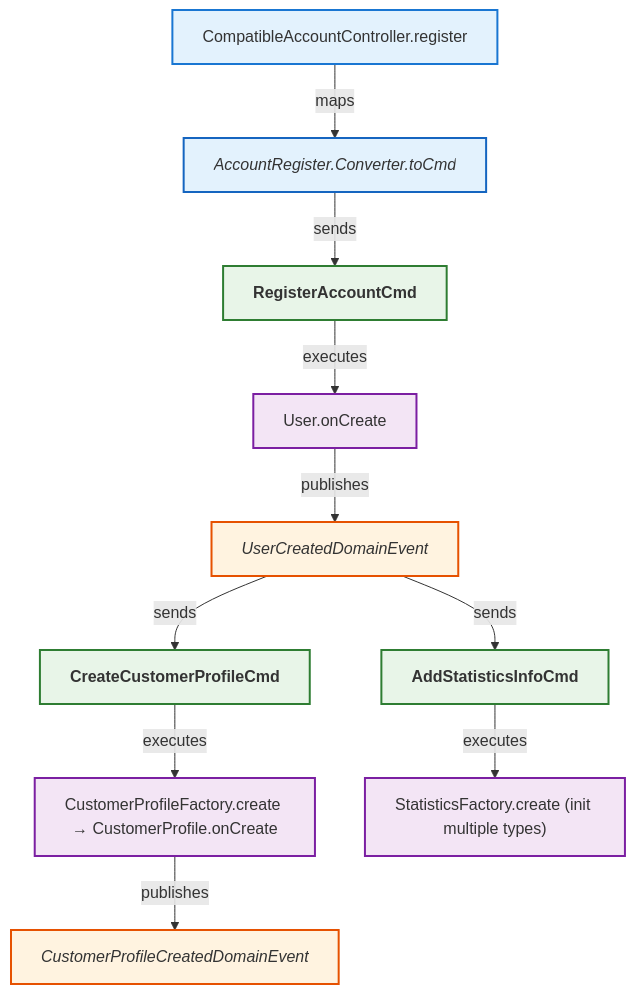
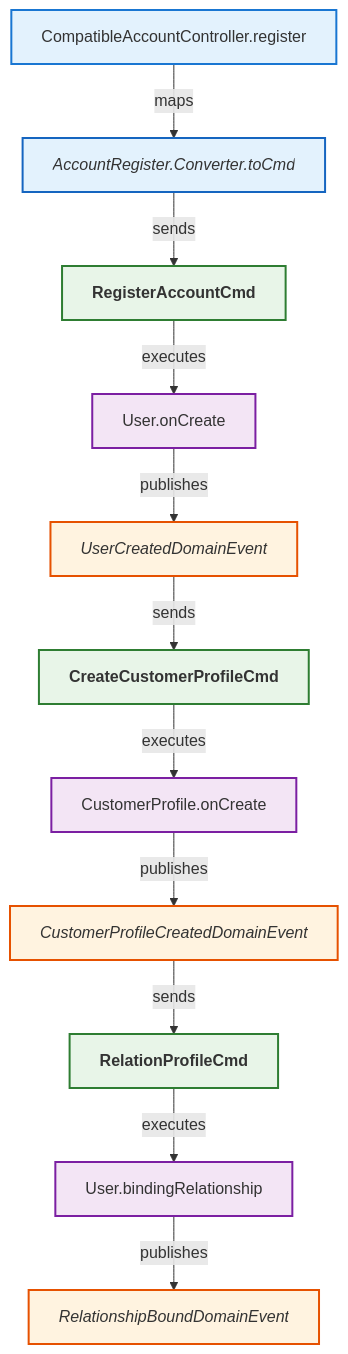
One commit to LDmoxeii/only-danmuku changed the diagram in analysis/CompatibleAccountController_register.mmd. Above: the diagram before and after it, drawn with Mermaid. The commit also changed 4 other files, not shown here.

```diff
--- a/analysis/CompatibleAccountController_register.mmd
+++ b/analysis/CompatibleAccountController_register.mmd
@@ -1,55 +1,57 @@
 flowchart TB
 
     N1["CompatibleAccountController.register"]
     class N1 controllermethod;
 
     C0["AccountRegister.Converter.toCmd"]
     class C0 commandsender;
     C1["RegisterAccountCmd"]
     class C1 command;
     A1["User.onCreate"]
     class A1 entitymethod;
     E1["UserCreatedDomainEvent"]
     class E1 domainevent;
 
     %% Event-driven follow-ups
     CC2["CreateCustomerProfileCmd"]
     class CC2 command;
-    AP2["CustomerProfileFactory.create → CustomerProfile.onCreate"]
+    AP2["CustomerProfile.onCreate"]
     class AP2 entitymethod;
     EE2["CustomerProfileCreatedDomainEvent"]
     class EE2 domainevent;
-
-    CC3["AddStatisticsInfoCmd"]
+    CC3["RelationProfileCmd"]
     class CC3 command;
-    AP3["StatisticsFactory.create (init multiple types)"]
-    class AP3 entitymethod;
+    A3["User.bindingRelationship"]
+    class A3 entitymethod;
+    E3["RelationshipBoundDomainEvent"]
+    class E3 domainevent;
 
     %% Relationships
     N1 -->|maps| C0
     C0 -->|sends| C1
     C1 -->|executes| A1
     A1 -->|publishes| E1
     E1 -->|sends| CC2
     CC2 -->|executes| AP2
     AP2 -->|publishes| EE2
-    E1 -->|sends| CC3
-    CC3 -->|executes| AP3
+    EE2 -->|sends| CC3
+    CC3 -->|executes| A3
+    A3 -->|publishes| E3
 
     %% Styles
     classDef controller fill:#e3f2fd,stroke:#1565c0,stroke-width:2px,font-weight:bold;
     classDef controllermethod fill:#e3f2fd,stroke:#1976d2,stroke-width:2px;
     classDef endpoint fill:#e3f2fd,stroke:#42a5f5,stroke-width:2px;
     classDef commandsender fill:#e3f2fd,stroke:#1565c0,stroke-width:2px,font-style:italic;
     classDef commandsendermethod fill:#e3f2fd,stroke:#1976d2,stroke-width:2px,font-style:italic;
     classDef command fill:#e8f5e8,stroke:#2e7d32,stroke-width:2px,font-weight:bold;
     classDef commandhandler fill:#e8f5e8,stroke:#388e3c,stroke-width:2px,font-weight:bold;
     classDef aggregate fill:#fff8e1,stroke:#ff8f00,stroke-width:3px,font-weight:bold;
     classDef entitymethod fill:#f3e5f5,stroke:#7b1fa2,stroke-width:2px;
     classDef domainevent fill:#fff3e0,stroke:#e65100,stroke-width:2px,font-style:italic;
     classDef domaineventhandler fill:#fff3e0,stroke:#ef6c00,stroke-width:2px,font-weight:bold;
     classDef integrationevent fill:#fce4ec,stroke:#880e4f,stroke-width:2px;
     classDef integrationeventhandler fill:#fce4ec,stroke:#ad1457,stroke-width:2px,font-weight:bold;
     classDef integrationeventconverter fill:#e3f2fd,stroke:#0277bd,stroke-width:2px;
     classDef repo fill:#d6dbdf,stroke:#85929e,stroke-width:2px;
     classDef uow fill:#f2f4f4,stroke:#7f8c8d,stroke-width:2px;
```
